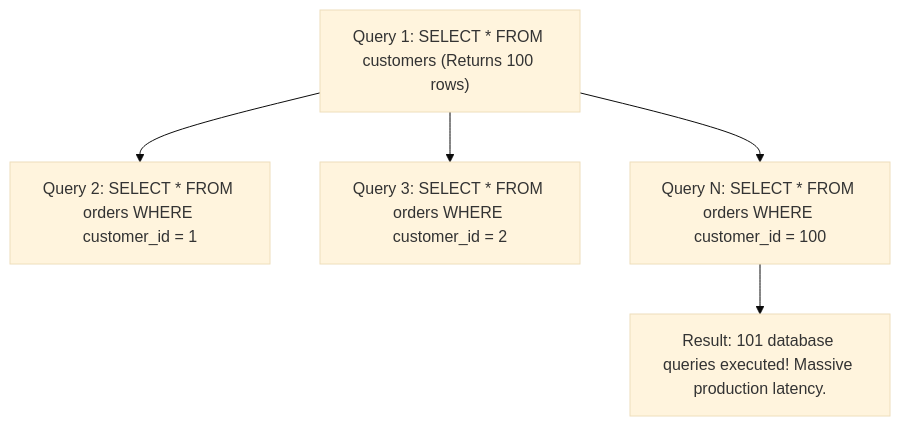
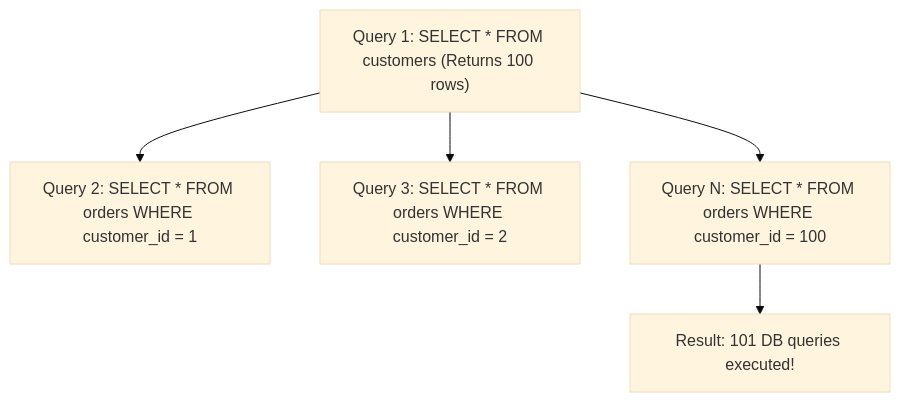
One commit to rohithgowda18/Notes changed diagram 19 of 21 in 06-Java-and-Spring-Boot/Spring Boot Interview Guide.md. Above: the diagram before and after it, drawn with Mermaid (base theme). The commit also changed other lines of this file, not shown here.

````diff
--- a/06-Java-and-Spring-Boot/Spring Boot Interview Guide.md
+++ b/06-Java-and-Spring-Boot/Spring Boot Interview Guide.md
@@ -1466,8 +1123,8 @@
 ```mermaid
 flowchart TD
     Q1["Query 1: SELECT * FROM customers (Returns 100 rows)"]
     Q1 --> Q2["Query 2: SELECT * FROM orders WHERE customer_id = 1"]
     Q1 --> Q3["Query 3: SELECT * FROM orders WHERE customer_id = 2"]
     Q1 --> QN["Query N: SELECT * FROM orders WHERE customer_id = 100"]
-    QN --> Disaster["Result: 101 database queries executed! Massive production latency."]
+    QN --> Disaster["Result: 101 DB queries executed!"]
 ```
````
